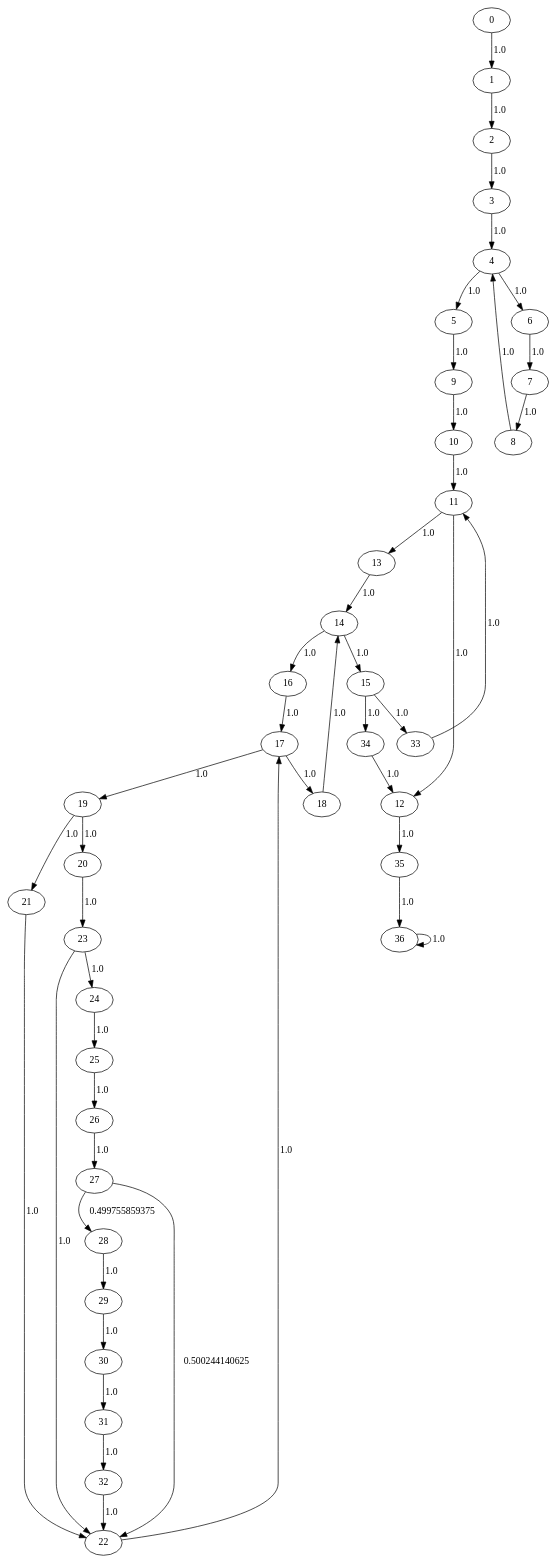
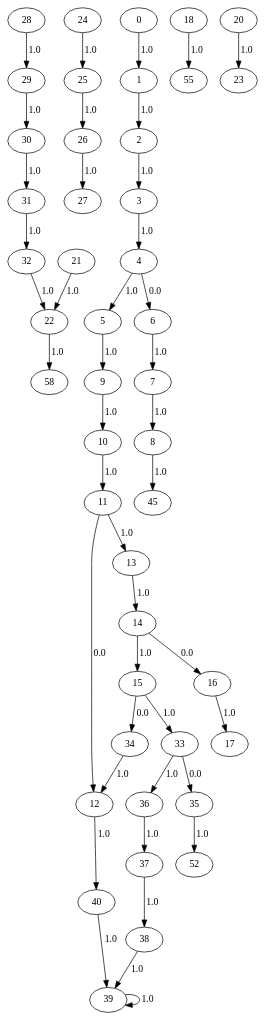
Before and after one commit to seemantasaha/DependencyAnalysis: the diagram in LMain_runBellmanFord.dot, drawn with Graphviz. The commit also changed 17 other files, not shown here.

```diff
--- a/LMain_runBellmanFord.dot
+++ b/LMain_runBellmanFord.dot
@@ -1,47 +1,44 @@
 digraph {
+	22 -> 58[label= "1.0"];
+	24 -> 25[label= "1.0"];
+	25 -> 26[label= "1.0"];
+	26 -> 27[label= "1.0"];
+	28 -> 29[label= "1.0"];
+	29 -> 30[label= "1.0"];
+	30 -> 31[label= "1.0"];
+	31 -> 32[label= "1.0"];
+	10 -> 11[label= "1.0"];
+	32 -> 22[label= "1.0"];
+	11 -> 12[label= "0.0"];
+	11 -> 13[label= "1.0"];
+	33 -> 35[label= "0.0"];
+	33 -> 36[label= "1.0"];
+	34 -> 12[label= "1.0"];
+	12 -> 40[label= "1.0"];
+	13 -> 14[label= "1.0"];
+	35 -> 52[label= "1.0"];
+	14 -> 15[label= "1.0"];
+	14 -> 16[label= "0.0"];
+	36 -> 37[label= "1.0"];
+	15 -> 33[label= "1.0"];
+	15 -> 34[label= "0.0"];
+	37 -> 38[label= "1.0"];
+	16 -> 17[label= "1.0"];
+	38 -> 39[label= "1.0"];
+	39 -> 39[label= "1.0"];
+	18 -> 55[label= "1.0"];
 	0 -> 1[label= "1.0"];
 	1 -> 2[label= "1.0"];
 	2 -> 3[label= "1.0"];
 	3 -> 4[label= "1.0"];
 	4 -> 5[label= "1.0"];
-	4 -> 6[label= "1.0"];
+	4 -> 6[label= "0.0"];
+	5 -> 9[label= "1.0"];
 	6 -> 7[label= "1.0"];
 	7 -> 8[label= "1.0"];
-	8 -> 4[label= "1.0"];
-	5 -> 9[label= "1.0"];
+	8 -> 45[label= "1.0"];
 	9 -> 10[label= "1.0"];
-	10 -> 11[label= "1.0"];
-	11 -> 12[label= "1.0"];
-	11 -> 13[label= "1.0"];
-	13 -> 14[label= "1.0"];
-	14 -> 15[label= "1.0"];
-	14 -> 16[label= "1.0"];
-	16 -> 17[label= "1.0"];
-	17 -> 18[label= "1.0"];
-	17 -> 19[label= "1.0"];
-	19 -> 20[label= "1.0"];
-	19 -> 21[label= "1.0"];
+	40 -> 39[label= "1.0"];
+	20 -> 23[label= "1.0"];
 	21 -> 22[label= "1.0"];
-	20 -> 23[label= "1.0"];
-	23 -> 22[label= "1.0"];
-	23 -> 24[label= "1.0"];
-	24 -> 25[label= "1.0"];
-	25 -> 26[label= "1.0"];
-	26 -> 27[label= "1.0"];
-	27 -> 22[label= "0.500244140625"];
-	27 -> 28[label= "0.499755859375"];
-	28 -> 29[label= "1.0"];
-	29 -> 30[label= "1.0"];
-	30 -> 31[label= "1.0"];
-	31 -> 32[label= "1.0"];
-	32 -> 22[label= "1.0"];
-	22 -> 17[label= "1.0"];
-	18 -> 14[label= "1.0"];
-	15 -> 33[label= "1.0"];
-	15 -> 34[label= "1.0"];
-	34 -> 12[label= "1.0"];
-	33 -> 11[label= "1.0"];
-	12 -> 35[label= "1.0"];
-	35 -> 36[label= "1.0"];
-	36 -> 36[label= "1.0"];
 }
```
